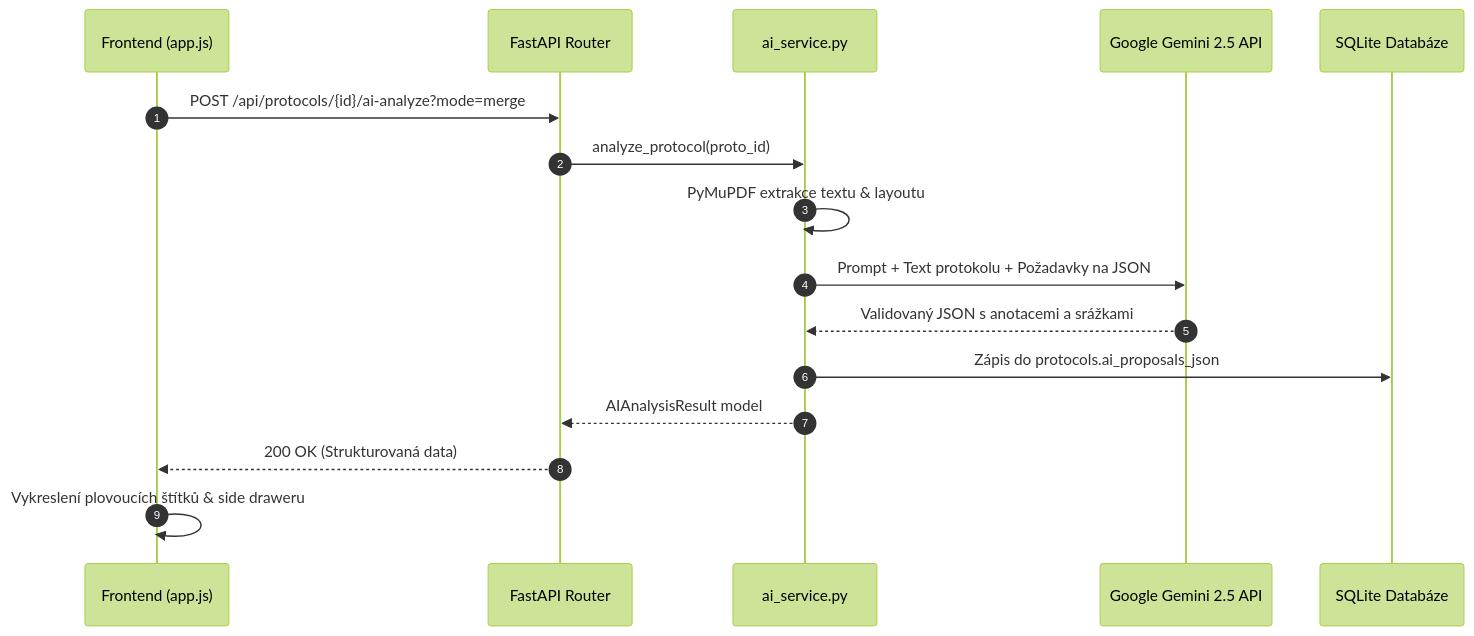
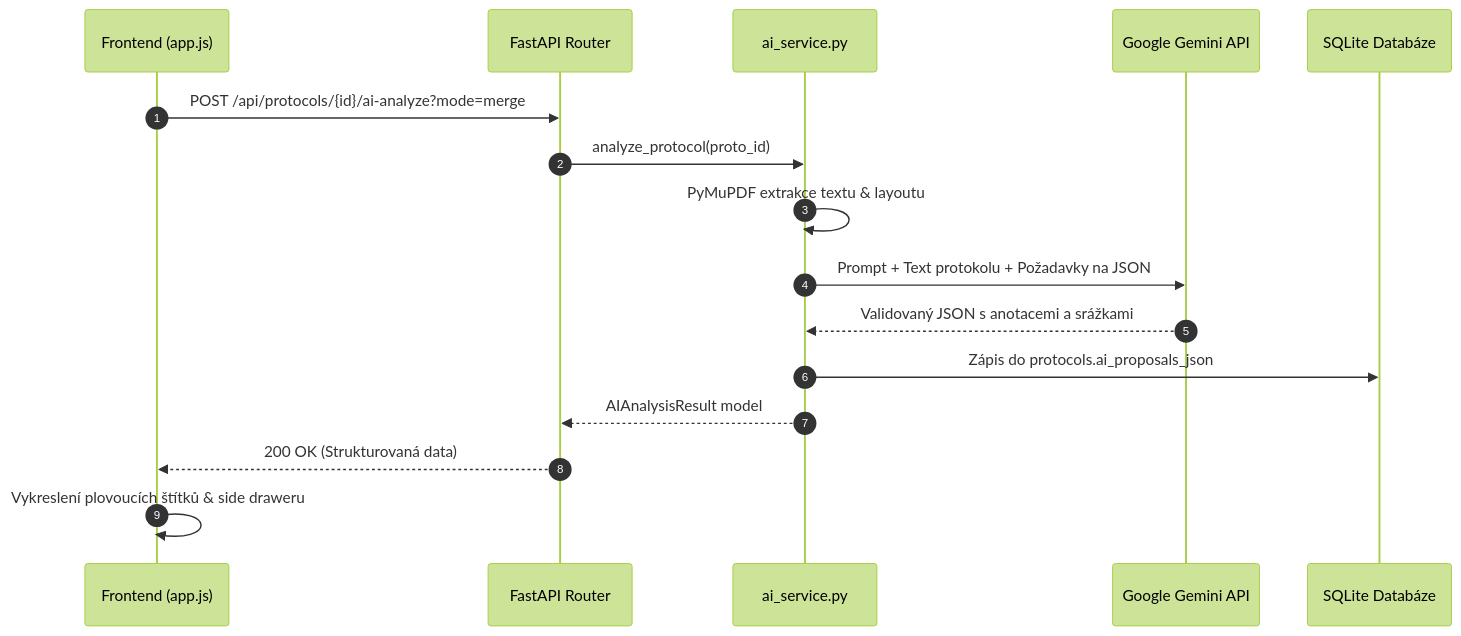
The diagram in docs/architecture/ai-pipeline.md (TheLittleRock/Praktika), drawn with Mermaid (forest theme) before and after one commit. The commit also changed 14 other files, not shown here.

````diff
--- a/docs/architecture/ai-pipeline.md
+++ b/docs/architecture/ai-pipeline.md
@@ -9,19 +9,19 @@
 ```mermaid
 sequenceDiagram
     autonumber
     participant Client as Frontend (app.js)
     participant API as FastAPI Router
     participant Service as ai_service.py
-    participant Gemini as Google Gemini 2.5 API
+    participant Gemini as Google Gemini API
     participant DB as SQLite Databáze
 
     Client->>API: POST /api/protocols/{id}/ai-analyze?mode=merge
     API->>Service: analyze_protocol(proto_id)
     Service->>Service: PyMuPDF extrakce textu & layoutu
     Service->>Gemini: Prompt + Text protokolu + Požadavky na JSON
     Gemini-->>Service: Validovaný JSON s anotacemi a srážkami
     Service->>DB: Zápis do protocols.ai_proposals_json
     Service-->>API: AIAnalysisResult model
     API-->>Client: 200 OK (Strukturovaná data)
     Client->>Client: Vykreslení plovoucích štítků & side draweru
 ```
````
